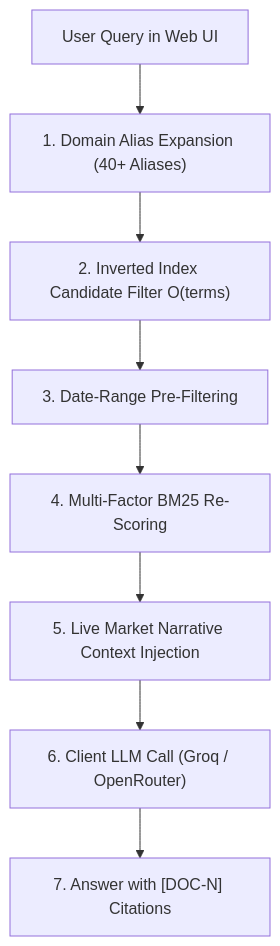
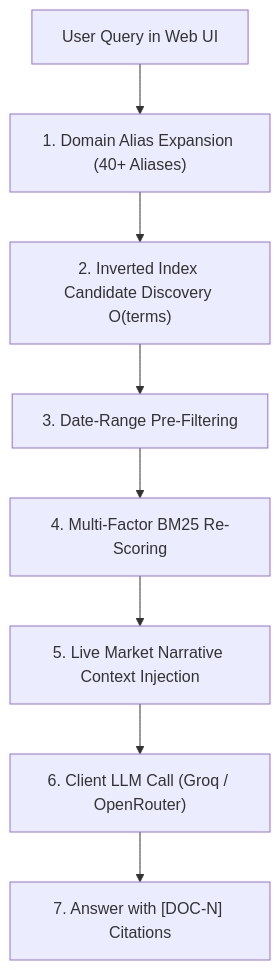
The third of 3 diagrams in README.md (yieldchaser/Shipping), drawn with Mermaid before and after one commit. The commit also changed other lines of this file, not shown here.

````diff
--- a/README.md
+++ b/README.md
@@ -283,10 +326,10 @@
 ```mermaid
 flowchart TD
     UserQ["User Query in Web UI"] --> Stage1["1. Domain Alias Expansion (40+ Aliases)"]
-    Stage1 --> Stage2["2. Inverted Index Candidate Filter O(terms)"]
+    Stage1 --> Stage2["2. Inverted Index Candidate Discovery O(terms)"]
     Stage2 --> Stage3["3. Date-Range Pre-Filtering"]
     Stage3 --> Stage4["4. Multi-Factor BM25 Re-Scoring"]
     Stage4 --> Context["5. Live Market Narrative Context Injection"]
     Context --> LLM["6. Client LLM Call (Groq / OpenRouter)"]
     LLM --> Answer["7. Answer with [DOC-N] Citations"]
 ```
````
